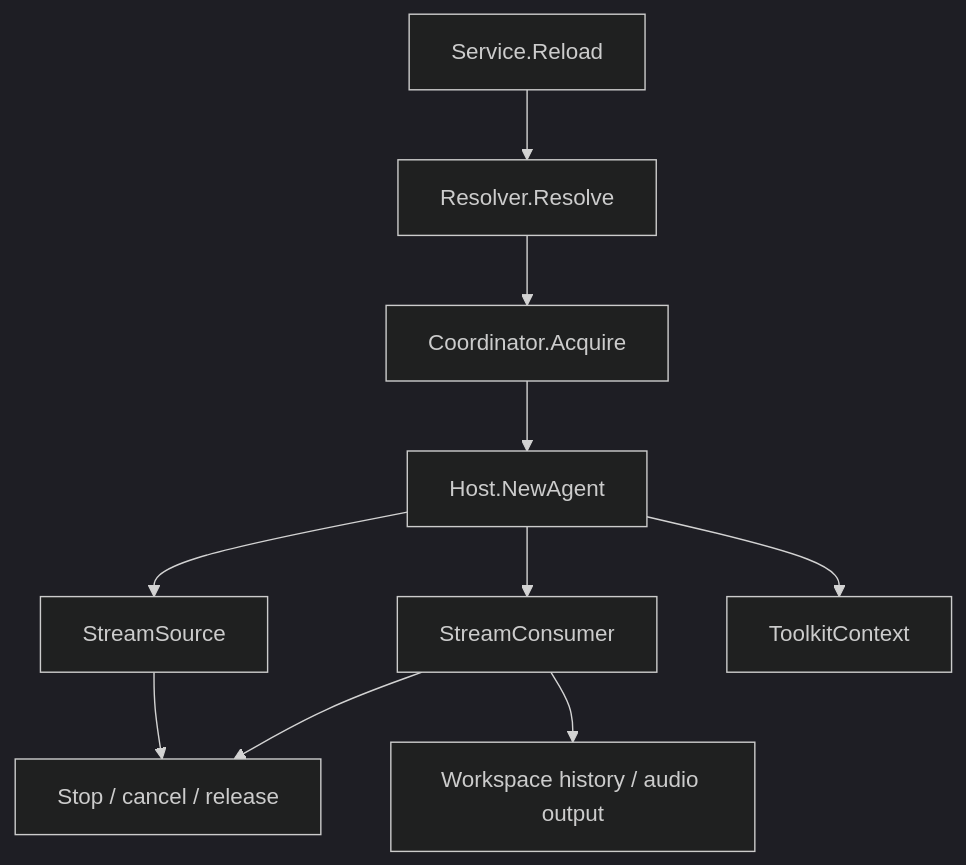
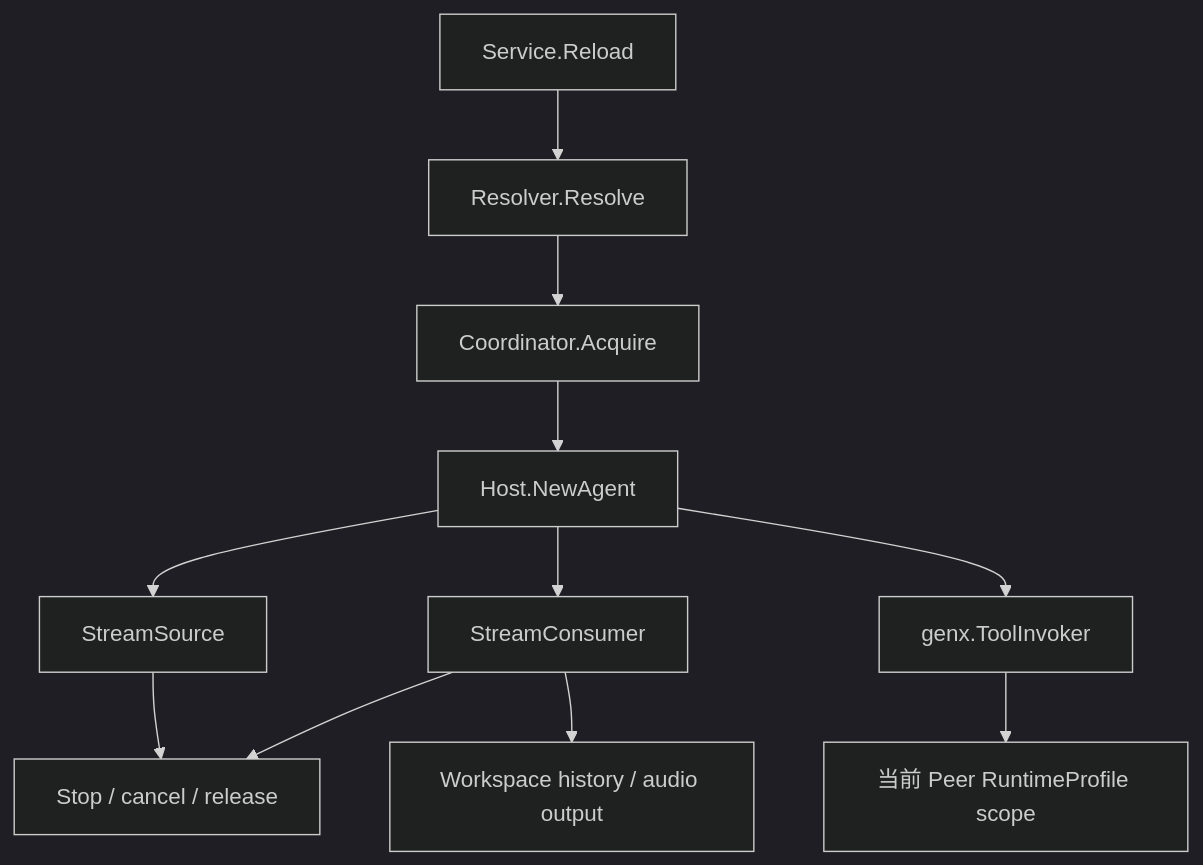
The diagram in guides/zh/developing/gizclaw/services/runtime/agenthost.md (GizClaw/gizclaw), drawn with Mermaid (dark theme) before and after one commit. The commit also changed other lines of this file and 95 other files, not shown here.

First line of the commit message:
tools: add typed RuntimeProfile tool execution

````diff
--- a/guides/zh/developing/gizclaw/services/runtime/agenthost.md
+++ b/guides/zh/developing/gizclaw/services/runtime/agenthost.md
@@ -9,12 +9,13 @@
 ```mermaid
 flowchart TD
     Reload["Service.Reload"] --> Resolve["Resolver.Resolve"]
     Resolve --> Lease["Coordinator.Acquire"]
     Lease --> Agent["Host.NewAgent"]
     Agent --> Input["StreamSource"]
     Agent --> Output["StreamConsumer"]
     Output --> History["Workspace history / audio output"]
-    Agent --> Toolkit["ToolkitContext"]
+    Agent --> Toolkit["genx.ToolInvoker"]
+    Toolkit --> Profile["当前 Peer RuntimeProfile scope"]
     Input --> Stop["Stop / cancel / release"]
     Output --> Stop
 ```
````
